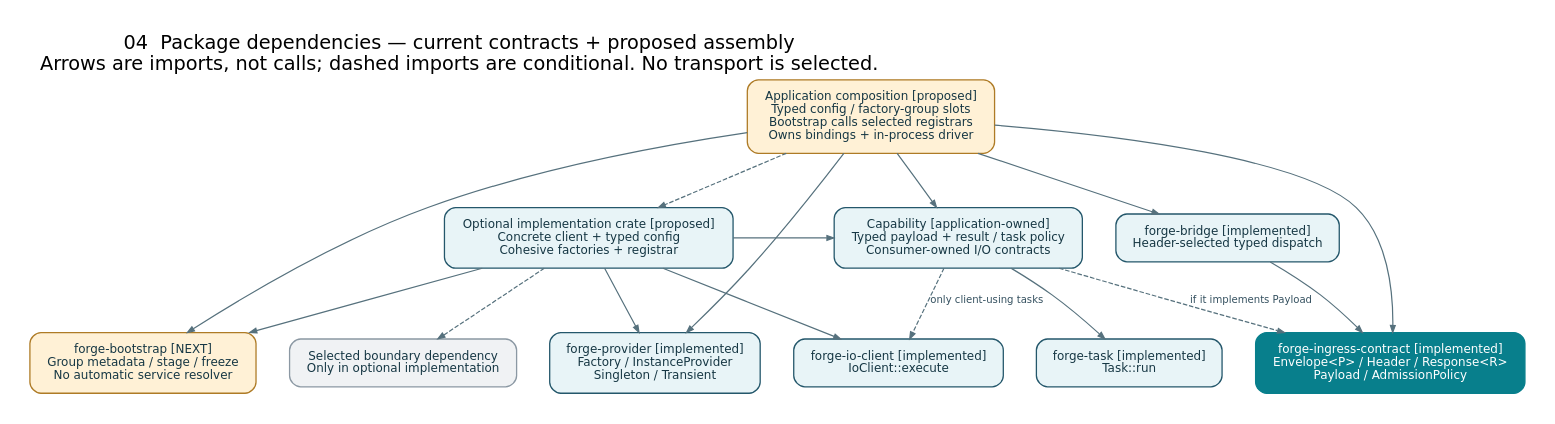
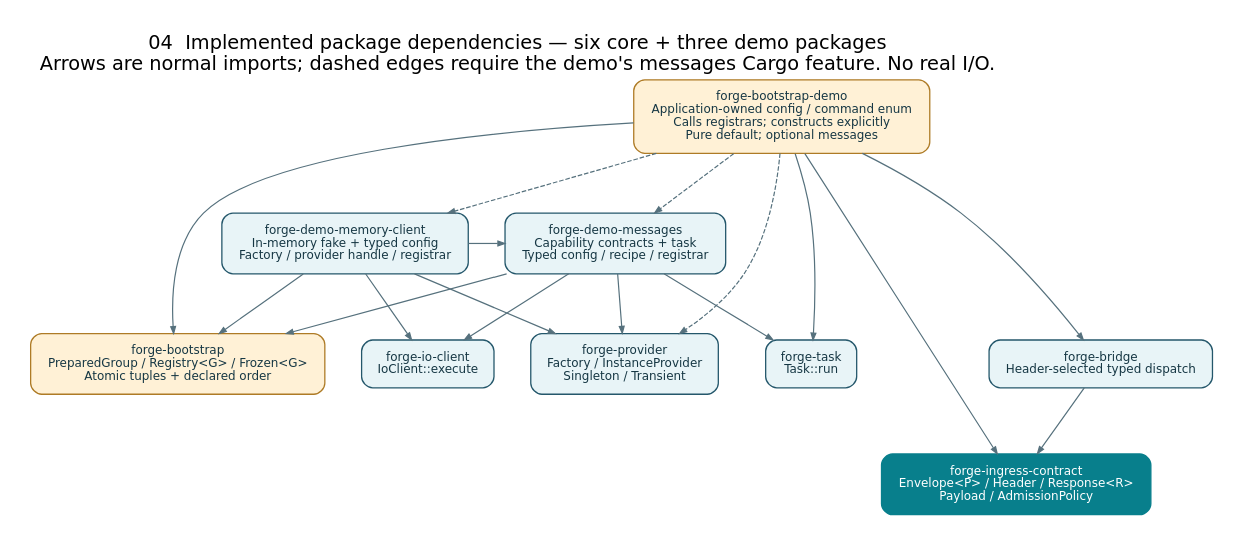
Before and after one commit to roachmaster/homelab: the diagram in docs/architecture/diagrams/04-package-dependencies.dot, drawn with Graphviz. The commit also changed 40 other files, not shown here.

Commit message:
Implement typed bootstrap registration and optional capability assembly demo

```diff
--- a/docs/architecture/diagrams/04-package-dependencies.dot
+++ b/docs/architecture/diagrams/04-package-dependencies.dot
@@ -1,27 +1,22 @@
 digraph Packages {
-graph [fontname="DejaVu Sans", fontsize=21, labelloc=t, labeljust=l, pad=0.35, nodesep=0.5, ranksep=0.8, bgcolor="white"];
+graph [fontname="DejaVu Sans", fontsize=21, labelloc=t, labeljust=l, pad=0.35, nodesep=0.55, ranksep=0.9, bgcolor="white"];
 node [shape=box, style="rounded,filled", fontname="DejaVu Sans", fontsize=13, margin="0.22,0.16", color="#24576b", fillcolor="#e8f4f7", fontcolor="#163744", penwidth=1.4];
 edge [fontname="DejaVu Sans", fontsize=11, color="#56717d", fontcolor="#34505f", penwidth=1.3, arrowsize=0.75];
-rankdir=TB; label="04  Package dependencies — current contracts + proposed assembly\nArrows are imports, not calls; dashed imports are conditional. No transport is selected.";
-app [label="Application composition [proposed]\nTyped config / factory-group slots\nBootstrap calls selected registrars\nOwns bindings + in-process driver", fillcolor="#fff1d6", color="#ae7b26"];
-feature [label="Capability [application-owned]\nTyped payload + result / task policy\nConsumer-owned I/O contracts"];
-impl [label="Optional implementation crate [proposed]\nConcrete client + typed config\nCohesive factories + registrar"];
-bootstrap [label="forge-bootstrap [NEXT]\nGroup metadata / stage / freeze\nNo automatic service resolver", fillcolor="#fff1d6", color="#ae7b26"];
-bridge [label="forge-bridge [implemented]\nHeader-selected typed dispatch"];
-contract [label="forge-ingress-contract [implemented]\nEnvelope<P> / Header / Response<R>\nPayload / AdmissionPolicy", fillcolor="#087f8c", color="#087f8c", fontcolor="white"];
-provider [label="forge-provider [implemented]\nFactory / InstanceProvider\nSingleton / Transient"];
-task [label="forge-task [implemented]\nTask::run"];
-io [label="forge-io-client [implemented]\nIoClient::execute"];
-boundary [label="Selected boundary dependency\nOnly in optional implementation", fillcolor="#f0f2f4", color="#8b98a3"];
-app -> {feature bootstrap bridge provider contract};
-app -> impl [style=dashed];
-feature -> task;
-feature -> contract [style=dashed, label="if it implements Payload"];
-feature -> io [style=dashed, label="only client-using tasks"];
-impl -> {io provider bootstrap};
-impl -> feature;
-impl -> boundary [style=dashed];
+rankdir=TB; label="04  Implemented package dependencies — six core + three demo packages\nArrows are normal imports; dashed edges require the demo's messages Cargo feature. No real I/O.";
+app [label="forge-bootstrap-demo\nApplication-owned config / command enum\nCalls registrars; constructs explicitly\nPure default; optional messages", fillcolor="#fff1d6", color="#ae7b26"];
+feature [label="forge-demo-messages\nCapability contracts + task\nTyped config / recipe / registrar"];
+impl [label="forge-demo-memory-client\nIn-memory fake + typed config\nFactory / provider handle / registrar"];
+bootstrap [label="forge-bootstrap\nPreparedGroup / Registry<G> / Frozen<G>\nAtomic tuples + declared order", fillcolor="#fff1d6", color="#ae7b26"];
+bridge [label="forge-bridge\nHeader-selected typed dispatch"];
+contract [label="forge-ingress-contract\nEnvelope<P> / Header / Response<R>\nPayload / AdmissionPolicy", fillcolor="#087f8c", color="#087f8c", fontcolor="white"];
+provider [label="forge-provider\nFactory / InstanceProvider\nSingleton / Transient"];
+task [label="forge-task\nTask::run"];
+io [label="forge-io-client\nIoClient::execute"];
+app -> {bootstrap bridge task contract};
+app -> {impl feature provider} [style=dashed];
+feature -> {bootstrap provider task io};
+impl -> {feature bootstrap provider io};
 bridge -> contract;
-{rank=same; impl; feature; bridge;}
-{rank=same; bootstrap; provider; task; io; contract; boundary;}
+{rank=same; impl; feature;}
+{rank=same; bootstrap; provider; task; io; bridge;}
 }
```
